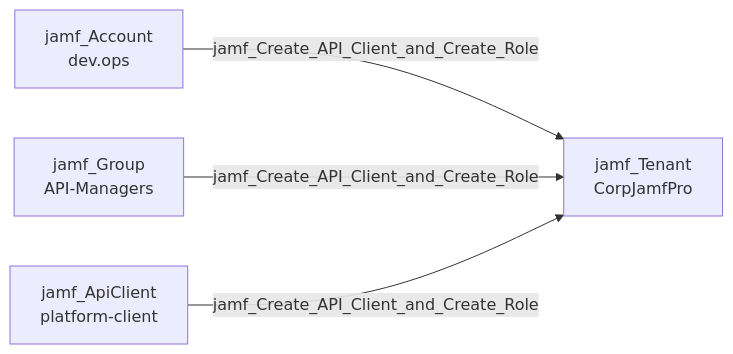
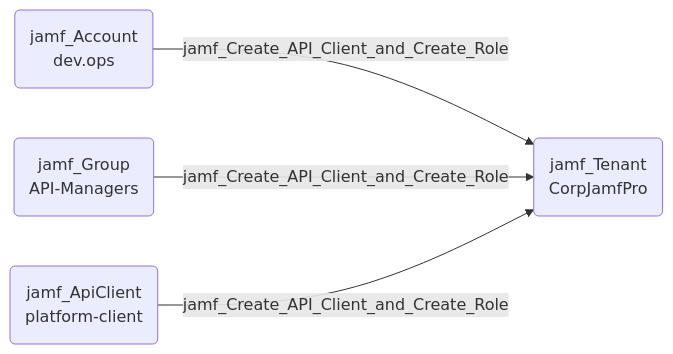
Before and after one commit to SpecterOps/bloodhound-docs: the diagram in docs/opengraph/extensions/jamfhound/reference/edges/jamf_create_api_client_and_create_role.mdx, drawn with Mermaid. The commit also changed 33 other files, not shown here.

Commit message:
Updated documentation with revised mermaid diagrams

````diff
--- a/docs/opengraph/extensions/jamfhound/reference/edges/jamf_create_api_client_and_create_role.mdx
+++ b/docs/opengraph/extensions/jamfhound/reference/edges/jamf_create_api_client_and_create_role.mdx
@@ -18,6 +18,14 @@
 ```mermaid
 graph LR
-    A["jamf_Account\ndev.ops"] -->|jamf_Create_API_Client_and_Create_Role| B["jamf_Tenant\nCorpJamfPro"]
-    C["jamf_Group\nAPI-Managers"] -->|jamf_Create_API_Client_and_Create_Role| B
-    D["jamf_ApiClient\nplatform-client"] -->|jamf_Create_API_Client_and_Create_Role| B
+    A("jamf_Account
+dev.ops")
+    B("jamf_Tenant
+CorpJamfPro")
+    C("jamf_Group
+API-Managers")
+    D("jamf_ApiClient
+platform-client")
+    A -- jamf_Create_API_Client_and_Create_Role --> B
+    C -- jamf_Create_API_Client_and_Create_Role --> B
+    D -- jamf_Create_API_Client_and_Create_Role --> B
 ```
````
